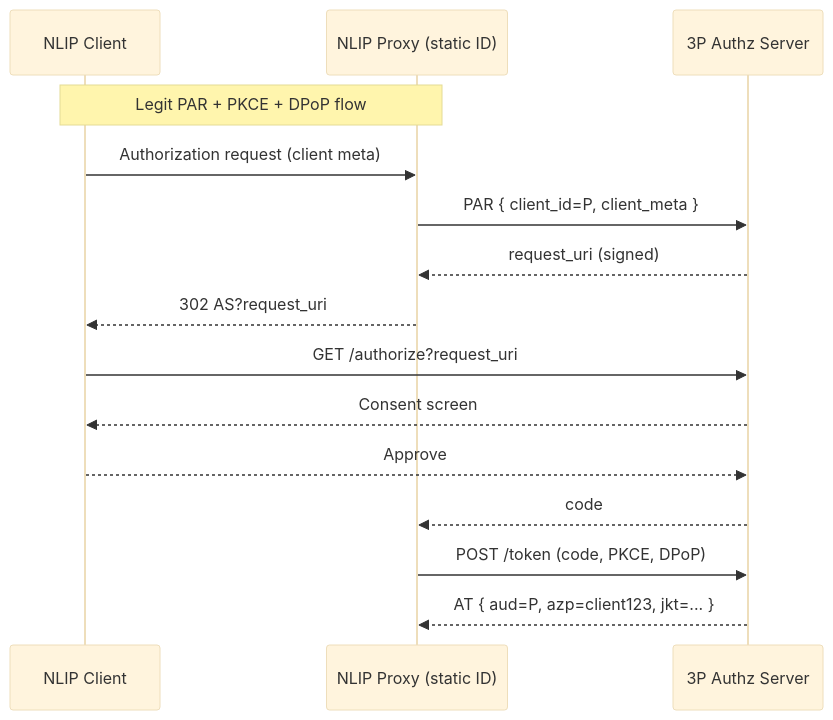
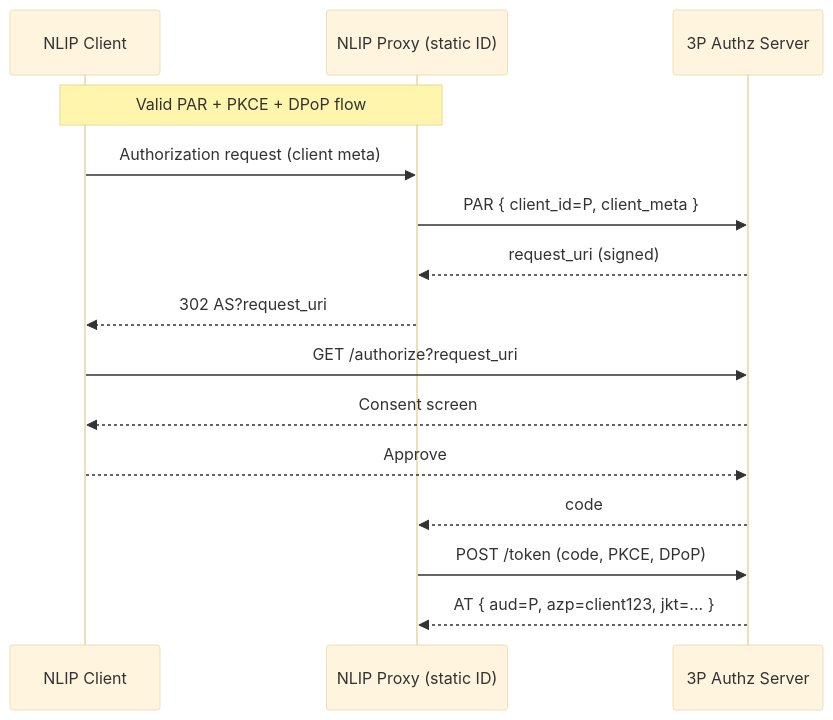
The first of 4 diagrams in README.md (nlip-project/security_guidelines), drawn with Mermaid (base theme) before and after one commit. The commit also changed other lines of this file, not shown here.

````diff
--- a/README.md
+++ b/README.md
@@ -471,18 +577,18 @@
 ```mermaid
 sequenceDiagram
     participant C as NLIP Client
     participant P as NLIP Proxy (static ID)
     participant AS as 3P Authz Server
 
-    Note over C,P: Legit PAR + PKCE + DPoP flow
+    Note over C,P: Valid PAR + PKCE + DPoP flow
     C->>P: Authorization request (client meta)
     P->>AS: PAR { client_id=P, client_meta }
     AS-->>P: request_uri (signed)
     P-->>C: 302 AS?request_uri
     C->>AS: GET /authorize?request_uri
     AS-->>C: Consent screen
     C-->>AS: Approve
     AS-->>P: code
     P->>AS: POST /token (code, PKCE, DPoP)
     AS-->>P: AT { aud=P, azp=client123, jkt=... }
 ```
````
